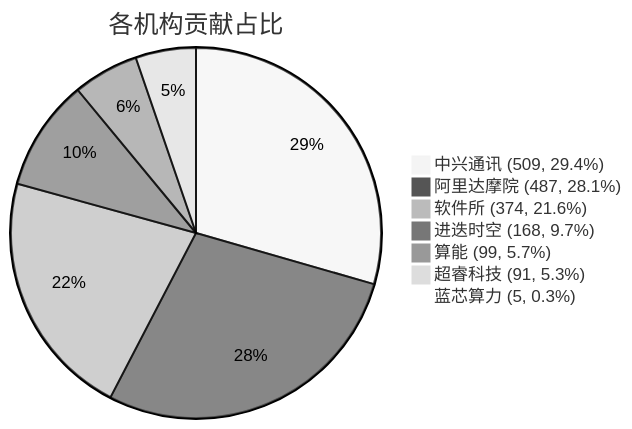
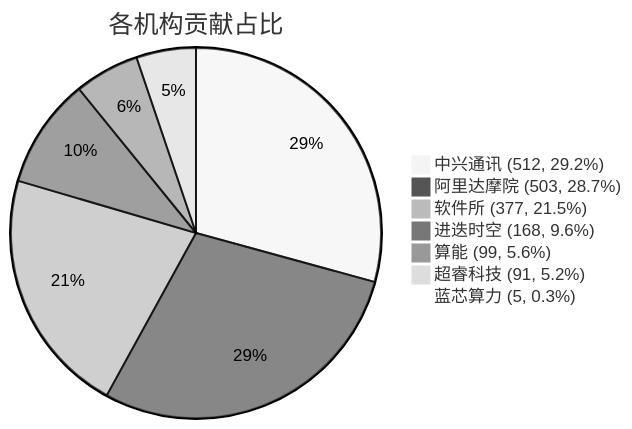
One commit to RVCK-Project/rvck changed the diagram in docs/index.md. Above: the diagram before and after it, drawn with Mermaid (neutral theme). The commit also changed other lines of this file and 23 other files, not shown here.

````diff
--- a/docs/index.md
+++ b/docs/index.md
@@ -34,10 +34,10 @@
 ```mermaid
 pie title 各机构贡献占比
-    "中兴通讯 (509, 29.4%)" : 509
-    "阿里达摩院 (487, 28.1%)" : 487
-    "软件所 (374, 21.6%)" : 374
-    "进迭时空 (168, 9.7%)" : 168
-    "算能 (99, 5.7%)" : 99
-    "超睿科技 (91, 5.3%)" : 91
+    "中兴通讯 (512, 29.2%)" : 512
+    "阿里达摩院 (503, 28.7%)" : 503
+    "软件所 (377, 21.5%)" : 377
+    "进迭时空 (168, 9.6%)" : 168
+    "算能 (99, 5.6%)" : 99
+    "超睿科技 (91, 5.2%)" : 91
     "蓝芯算力 (5, 0.3%)" : 5
 ```
````
